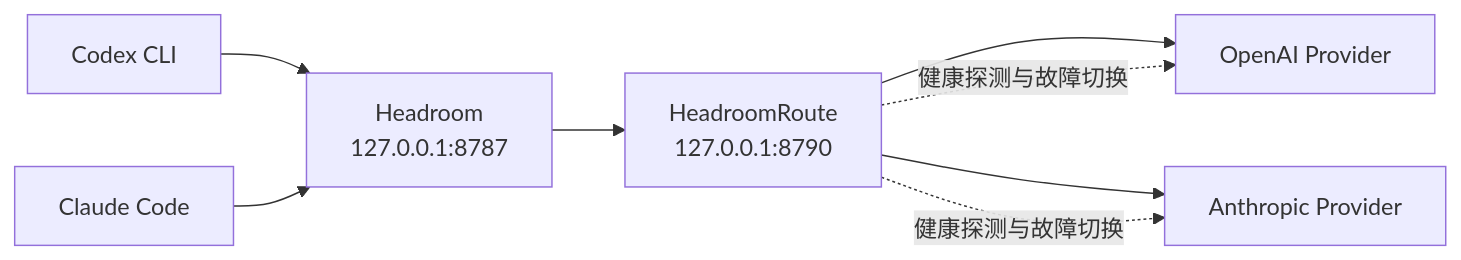
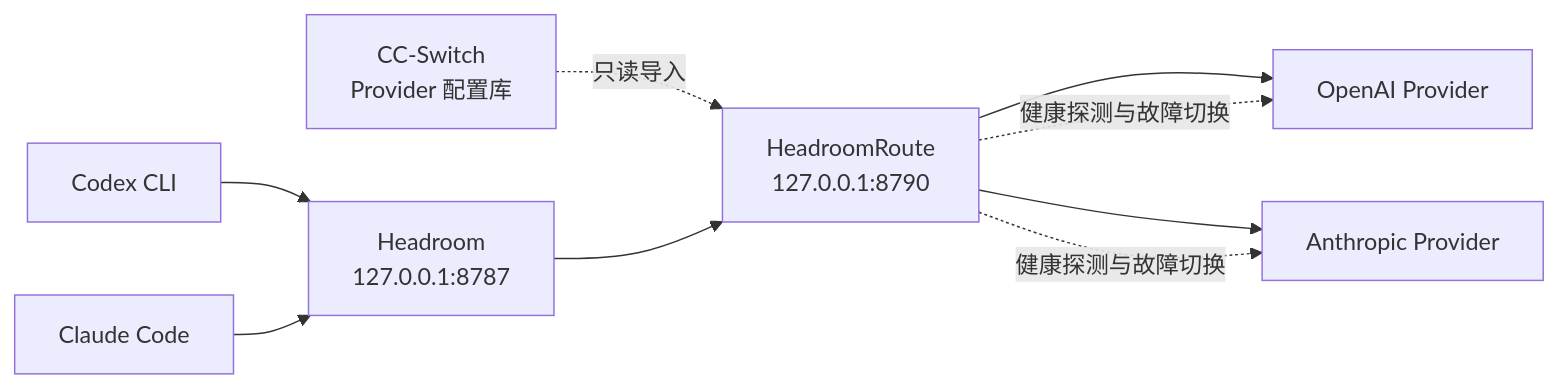
Before and after one commit to nizzo-dev/HeadroomRoute: the diagram in README.md, drawn with Mermaid. The commit also changed other lines of this file and 11 other files, not shown here.

````diff
--- a/README.md
+++ b/README.md
@@ -81,10 +114,11 @@
 ```mermaid
 flowchart LR
+    S[CC-Switch<br/>Provider 配置库] -. 只读导入 .-> R
     C[Codex CLI] --> H[Headroom<br/>127.0.0.1:8787]
     A[Claude Code] --> H
     H --> R[HeadroomRoute<br/>127.0.0.1:8790]
     R --> O[OpenAI Provider]
     R --> N[Anthropic Provider]
     R -. 健康探测与故障切换 .-> O
     R -. 健康探测与故障切换 .-> N
 ```
````
